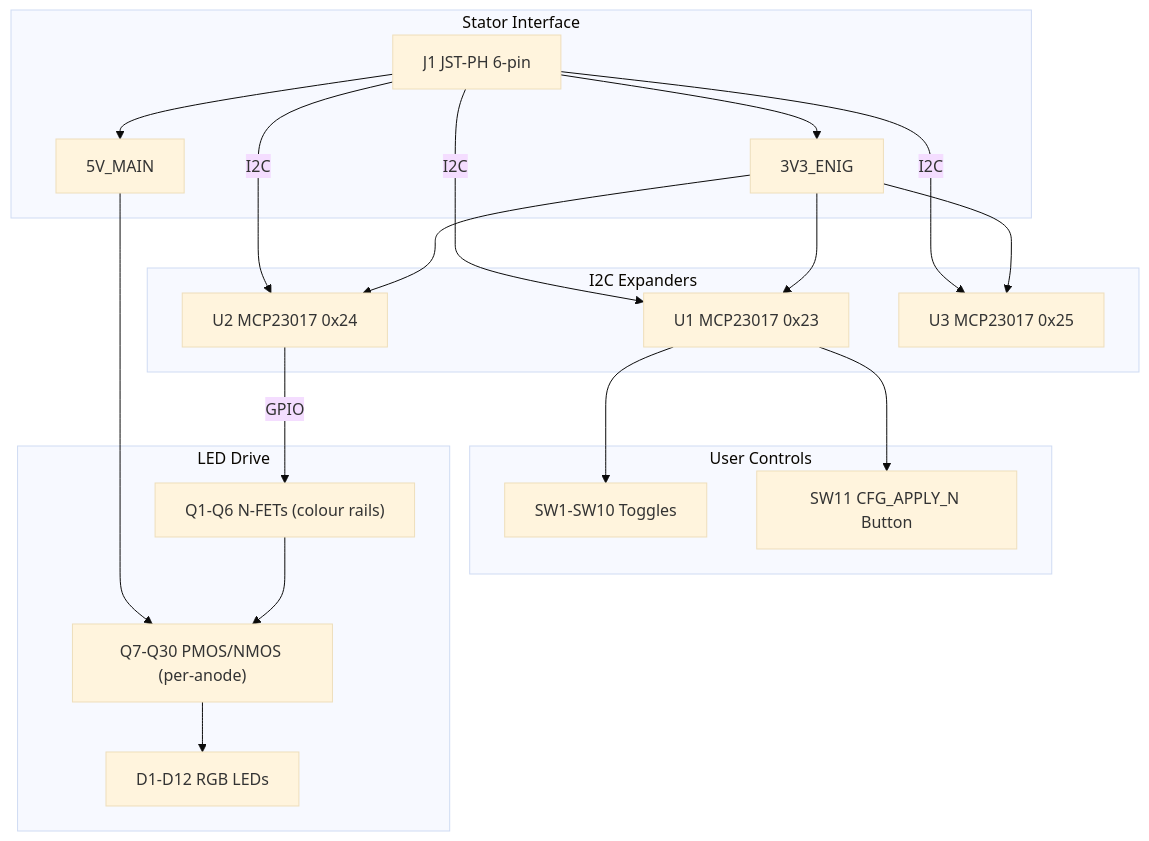
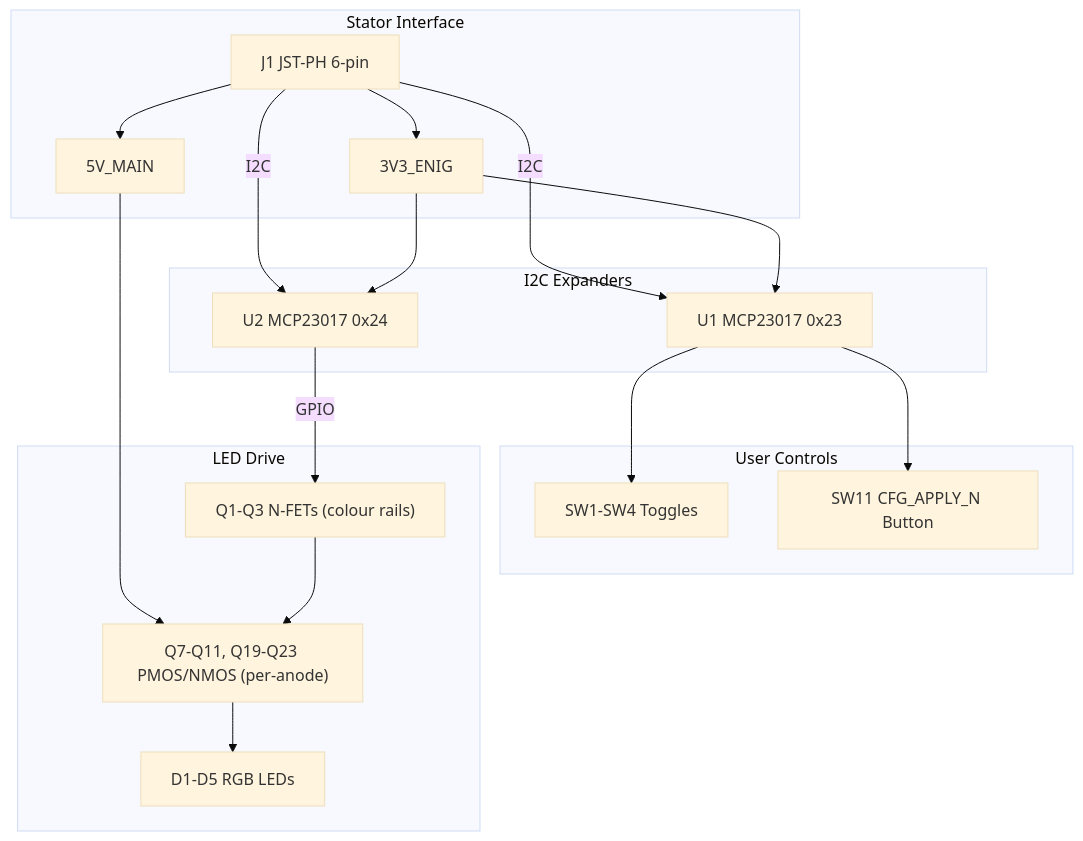
The diagram in design/Electronics/User_Settings_Module/Design_Spec.md (thepinkmile/Enigma-NG), drawn with Mermaid (base theme) before and after one commit. The commit also changed other lines of this file and 49 other files, not shown here.

````diff
--- a/design/Electronics/User_Settings_Module/Design_Spec.md
+++ b/design/Electronics/User_Settings_Module/Design_Spec.md
@@ -68,40 +78,37 @@
 ```mermaid
 flowchart TD
   subgraph stator["Stator Interface"]
     J1["J1 JST-PH 6-pin"]
     r3v3["3V3_ENIG"]
     r5v["5V_MAIN"]
   end
 
   subgraph expanders["I2C Expanders"]
     U1["U1 MCP23017 0x23"]
     U2["U2 MCP23017 0x24"]
-    U3["U3 MCP23017 0x25"]
   end
 
   subgraph controls["User Controls"]
-    SW1_10["SW1-SW10 Toggles"]
+    SW1_4["SW1-SW4 Toggles"]
     SW11["SW11 CFG_APPLY_N Button"]
   end
 
   subgraph led_drive["LED Drive"]
-    Q1_6["Q1-Q6 N-FETs (colour rails)"]
-    Q7_30["Q7-Q30 PMOS/NMOS (per-anode)"]
-    D1_12["D1-D12 RGB LEDs"]
+    Q1_3["Q1-Q3 N-FETs (colour rails)"]
+    Q7_23["Q7-Q11, Q19-Q23 PMOS/NMOS (per-anode)"]
+    D1_5["D1-D5 RGB LEDs"]
   end
 
   J1 -- "I2C" --> U1
   J1 -- "I2C" --> U2
-  J1 -- "I2C" --> U3
   J1 --> r3v3
   J1 --> r5v
   r3v3 --> U1
   r3v3 --> U2
-  r3v3 --> U3
-  r5v --> Q7_30
-  U1 --> SW1_10
+  r5v --> Q7_23
+  U1 --> SW1_4
   U1 --> SW11
-  U2 -- "GPIO" --> Q1_6
-  Q1_6 --> Q7_30
-  Q7_30 --> D1_12
+  U2 -- "GPIO" --> Q1_3
+  Q1_3 --> Q7_23
+  Q7_23 --> D1_5
 ```
````
